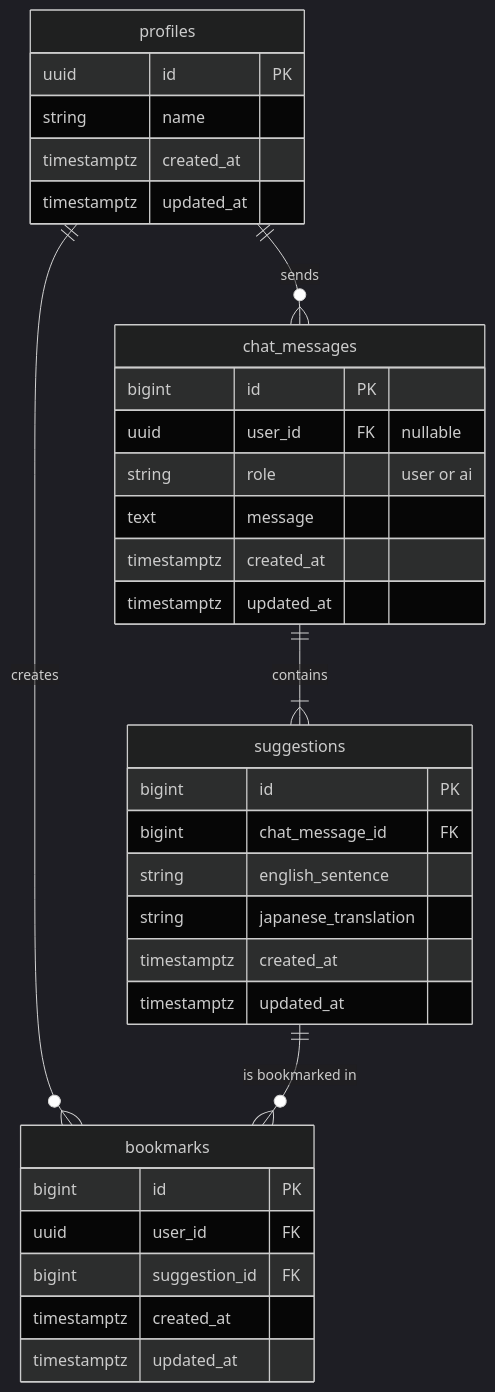
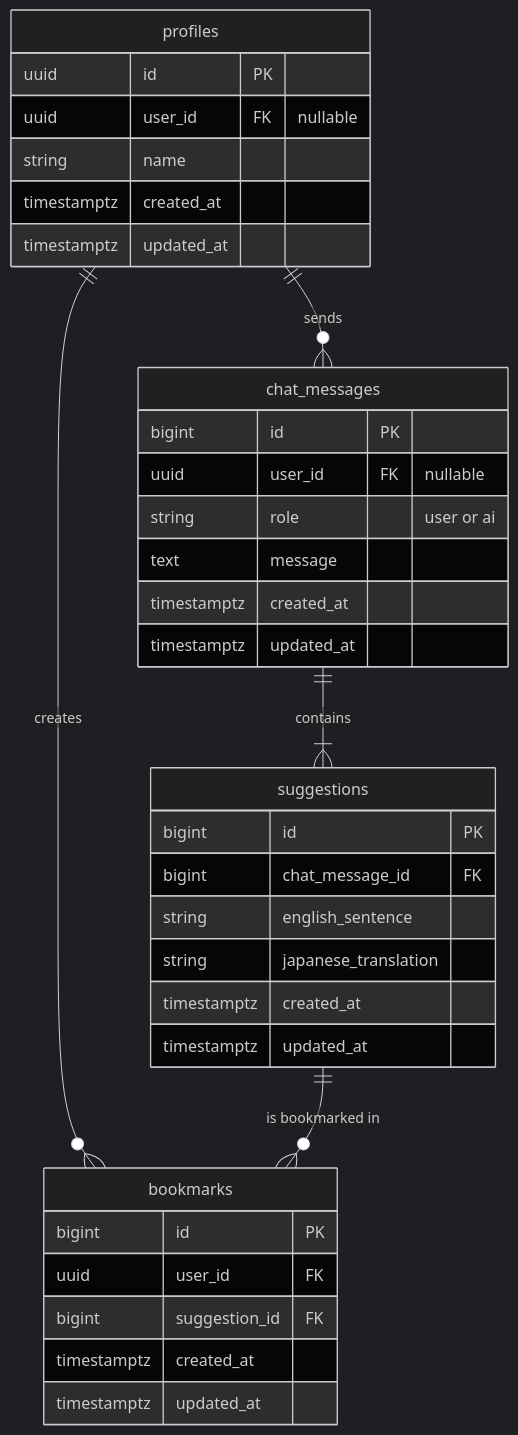
One commit to takayak/plactice-english-chat changed the diagram in documents/DB設計書.md. Above: the diagram before and after it, drawn with Mermaid (dark theme). The commit also changed other lines of this file and 45 other files, not shown here.

````diff
--- a/documents/DB設計書.md
+++ b/documents/DB設計書.md
@@ -14,40 +14,41 @@
 ```mermaid
 erDiagram
     profiles ||--o{ chat_messages : "sends"
     profiles ||--o{ bookmarks : "creates"
     chat_messages ||--|{ suggestions : "contains"
     suggestions ||--o{ bookmarks : "is bookmarked in"
 
     profiles {
         uuid id PK
+        uuid user_id FK "nullable"
         string name
         timestamptz created_at
         timestamptz updated_at
     }
 
     chat_messages {
         bigint id PK
         uuid user_id FK "nullable"
         string role "user or ai"
         text message
         timestamptz created_at
         timestamptz updated_at
     }
 
     suggestions {
         bigint id PK
         bigint chat_message_id FK
         string english_sentence
         string japanese_translation
         timestamptz created_at
         timestamptz updated_at
     }
 
     bookmarks {
         bigint id PK
         uuid user_id FK
         bigint suggestion_id FK
         timestamptz created_at
         timestamptz updated_at
     }
 ```
````
